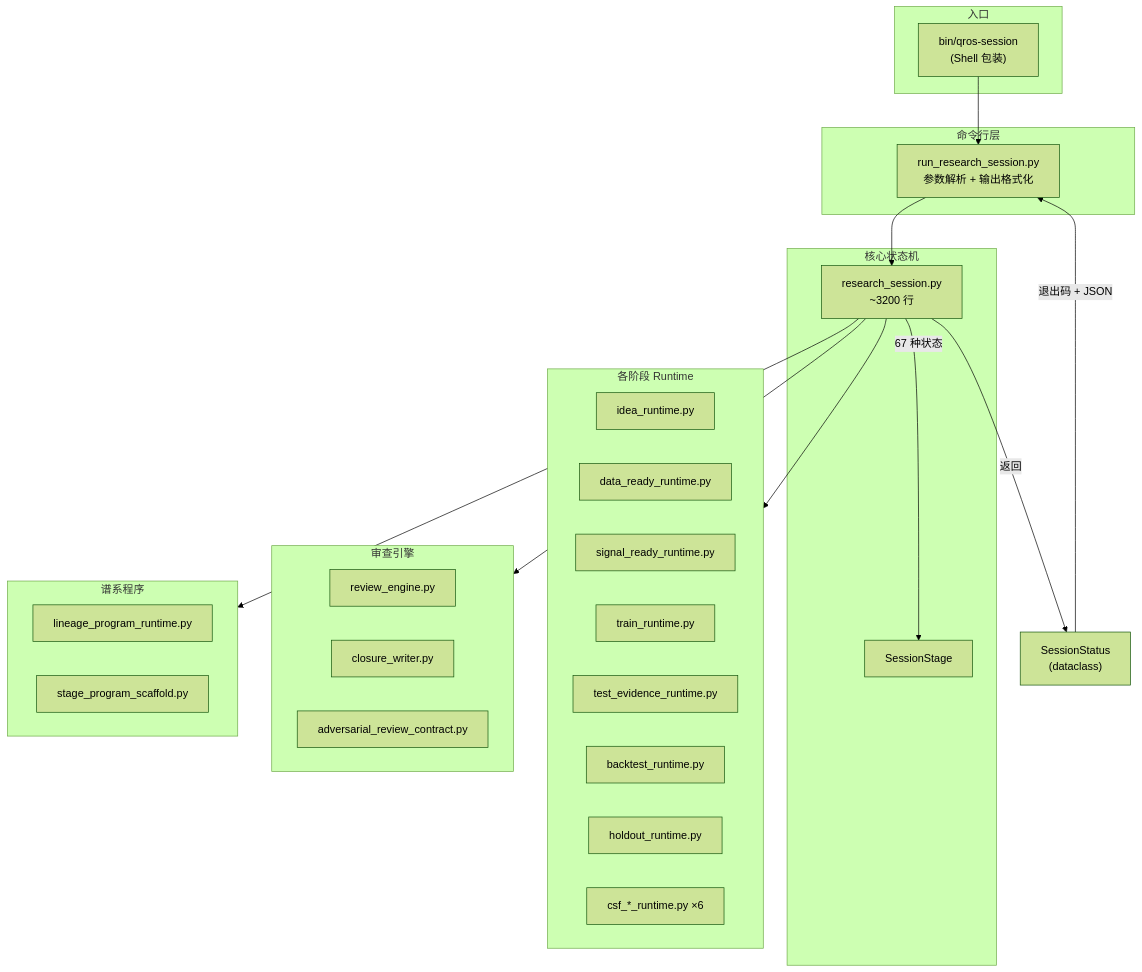
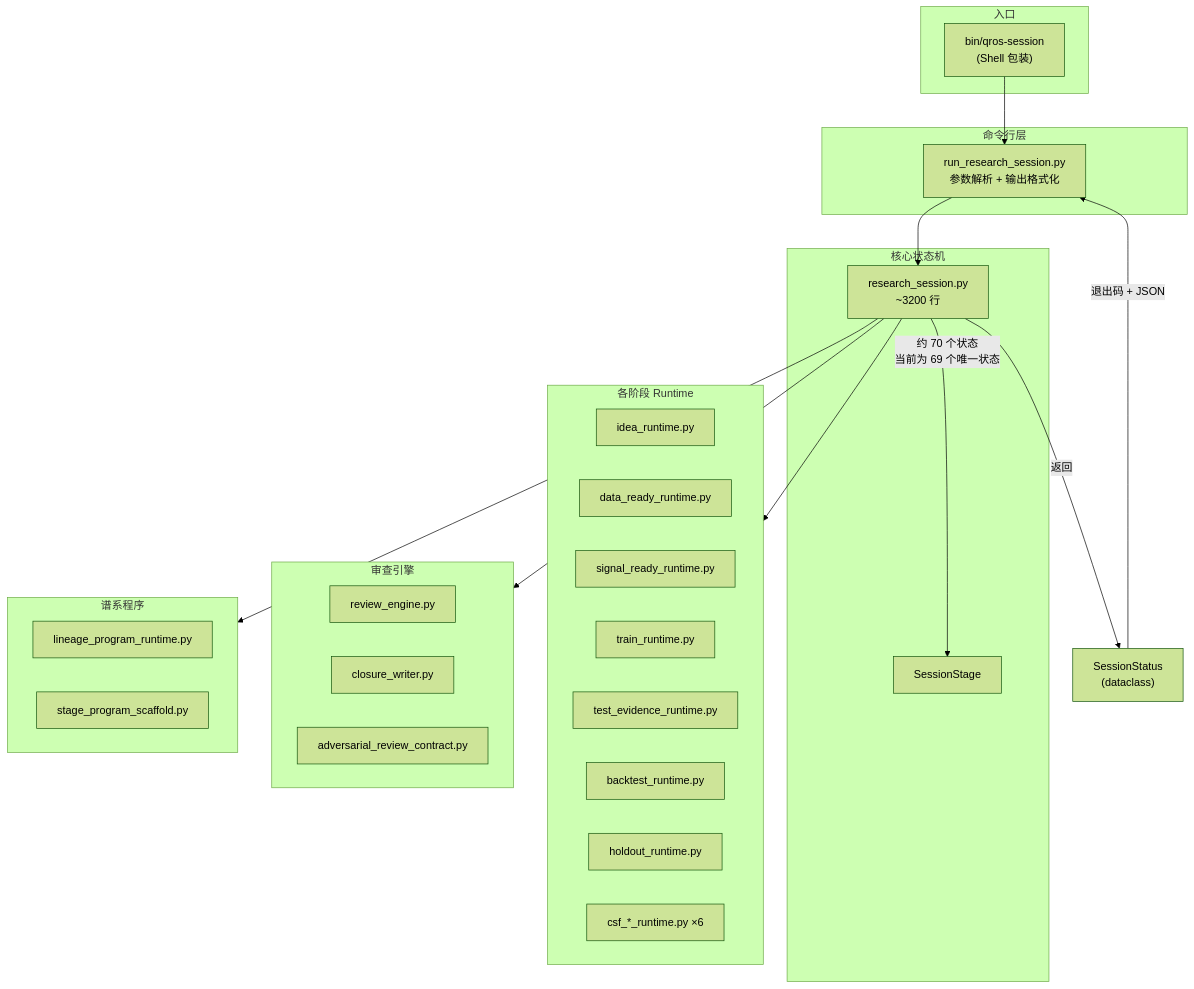
The third of 10 diagrams in docs/guides/how-qros-works.md (web3qt/quant-research-os), drawn with Mermaid (forest theme) before and after one commit. The commit also changed other lines of this file and 9 other files, not shown here.

````diff
--- a/docs/guides/how-qros-works.md
+++ b/docs/guides/how-qros-works.md
@@ -89,46 +89,46 @@
 ```mermaid
 graph TB
     subgraph Entry["入口"]
         Shell["bin/qros-session<br/>(Shell 包装)"]
     end
 
     subgraph Scripts["命令行层"]
         RunSession["run_research_session.py<br/>参数解析 + 输出格式化"]
     end
 
     subgraph Core["核心状态机"]
         RS["research_session.py<br/>~3200 行"]
-        RS -->|"67 种状态"| SessionStage["SessionStage"]
+        RS -->|"约 70 个状态<br/>当前为 69 个唯一状态"| SessionStage["SessionStage"]
     end
 
     subgraph StageRuntimes["各阶段 Runtime"]
         Idea["idea_runtime.py"]
         Data["data_ready_runtime.py"]
         Signal["signal_ready_runtime.py"]
         Train["train_runtime.py"]
         Test["test_evidence_runtime.py"]
         BT["backtest_runtime.py"]
         Holdout["holdout_runtime.py"]
         CSF["csf_*_runtime.py ×6"]
     end
 
     subgraph Review["审查引擎"]
         RE["review_engine.py"]
         Closure["closure_writer.py"]
         Adv["adversarial_review_contract.py"]
     end
 
     subgraph Program["谱系程序"]
         LP["lineage_program_runtime.py"]
         Scaffold["stage_program_scaffold.py"]
     end
 
     Shell --> RunSession
     RunSession --> RS
     RS --> StageRuntimes
     RS --> Review
     RS --> Program
 
     RS -->|"返回"| Status["SessionStatus<br/>(dataclass)"]
     Status -->|"退出码 + JSON"| RunSession
 ```
````
